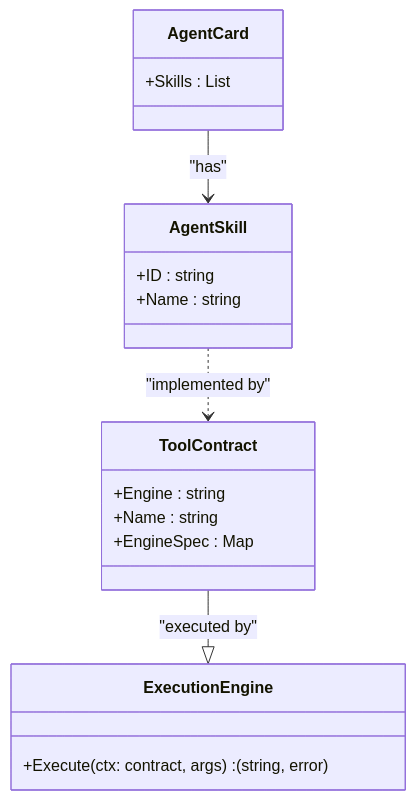
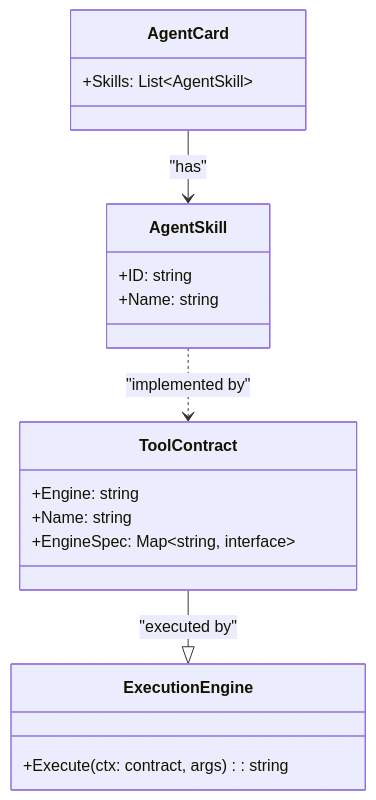
Before and after one commit to prxs-ai/praxis-go-sdk: the second of 7 diagrams in docs/Data Models.md, drawn with Mermaid. The commit also changed other lines of this file and 33 other files, not shown here.

````diff
--- a/docs/Data Models.md
+++ b/docs/Data Models.md
@@ -222,21 +222,21 @@
 ```mermaid
 classDiagram
 class ToolContract {
-+Engine : string
-+Name : string
-+EngineSpec : Map<string, interface>
++Engine: string
++Name: string
++EngineSpec: Map~string, interface~
 }
 class ExecutionEngine {
-+Execute(ctx: contract, args) : (string, error)
++Execute(ctx: contract, args): string
 }
 class AgentCard {
-+Skills : List<AgentSkill>
++Skills: List~AgentSkill~
 }
 class AgentSkill {
-+ID : string
-+Name : string
++ID: string
++Name: string
 }
-ToolContract --|> ExecutionEngine : "executed by"
-AgentCard --> AgentSkill : "has"
-AgentSkill ..> ToolContract : "implemented by"
+ToolContract --|> ExecutionEngine: "executed by"
+AgentCard --> AgentSkill: "has"
+AgentSkill ..> ToolContract: "implemented by"
 ```
````
